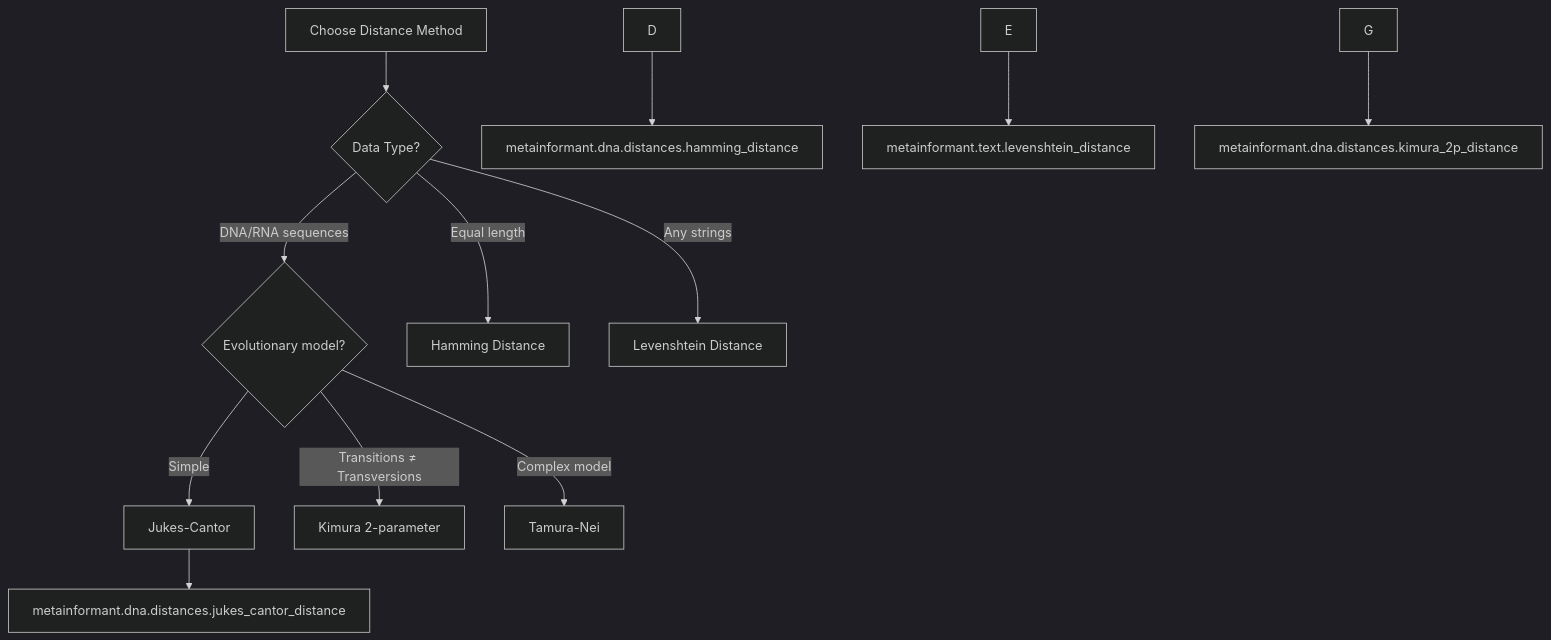
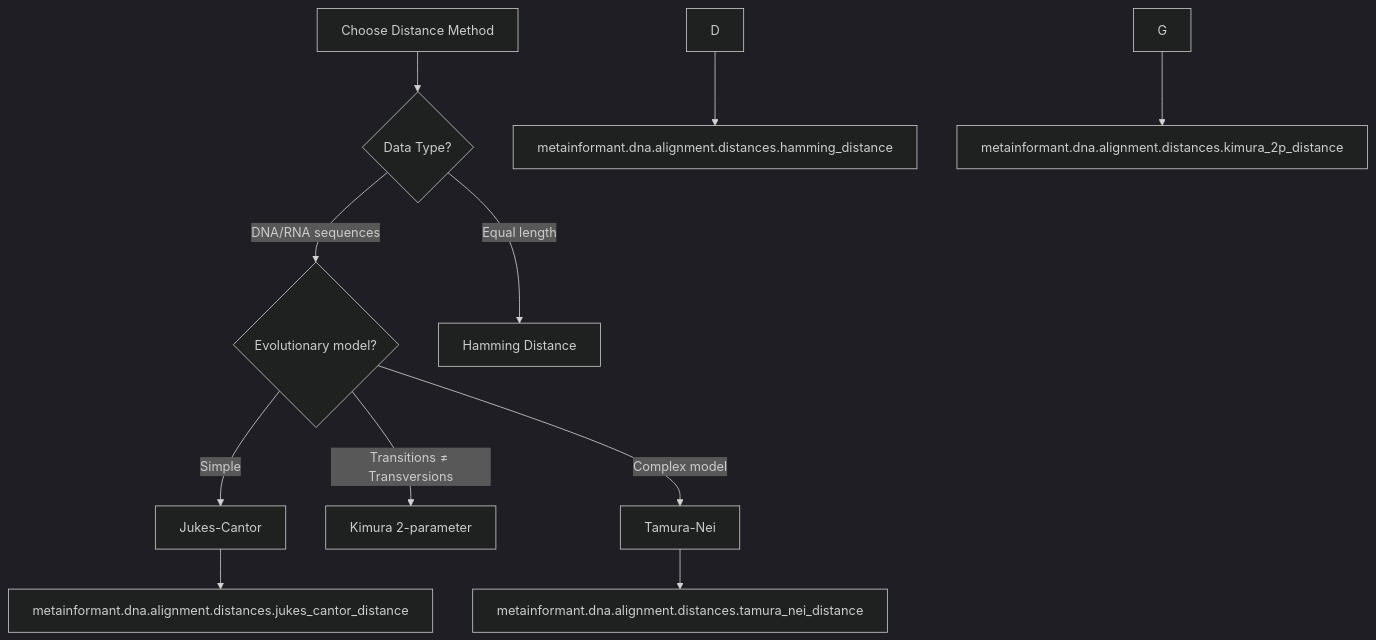
Before and after one commit to docxology/MetaInformAnt: the second of 5 diagrams in docs/COMPARISON_GUIDES.md, drawn with Mermaid (dark theme). The commit also changed other lines of this file and 532 other files, not shown here.

````diff
--- a/docs/COMPARISON_GUIDES.md
+++ b/docs/COMPARISON_GUIDES.md
@@ -157,16 +153,15 @@
 ```mermaid
 graph TD
     AchooseDistanceMethod[Choose Distance Method] --> B{Data Type?}
     B -->|DNA/RNA sequences| C{Evolutionary model?}
     B -->|Equal length| DhammingDistance[Hamming Distance]
-    B -->|Any strings| ElevenshteinDistance[Levenshtein Distance]
 
     C -->|Simple| F[Jukes-Cantor]
     C -->|Transitions ≠ Transversions| Gkimura2-parameter[Kimura 2-parameter]
     C -->|Complex model| H[Tamura-Nei]
 
-    D --> Imetainformant.dna.distances.hammingDistance[metainformant.dna.distances.hamming_distance]
-    E --> Jmetainformant.text.levenshteinDistance[metainformant.text.levenshtein_distance]
-    F --> Kmetainformant.dna.distances.jukesCantorDistance[metainformant.dna.distances.jukes_cantor_distance]
-    G --> Lmetainformant.dna.distances.kimura2pDistance[metainformant.dna.distances.kimura_2p_distance]
+    D --> Imetainformant.dna.alignment.distances.hammingDistance[metainformant.dna.alignment.distances.hamming_distance]
+    F --> Kmetainformant.dna.alignment.distances.jukesCantorDistance[metainformant.dna.alignment.distances.jukes_cantor_distance]
+    G --> Lmetainformant.dna.alignment.distances.kimura2pDistance[metainformant.dna.alignment.distances.kimura_2p_distance]
+    H --> Mmetainformant.dna.alignment.distances.tamuraNeiDistance[metainformant.dna.alignment.distances.tamura_nei_distance]
 ```
````
